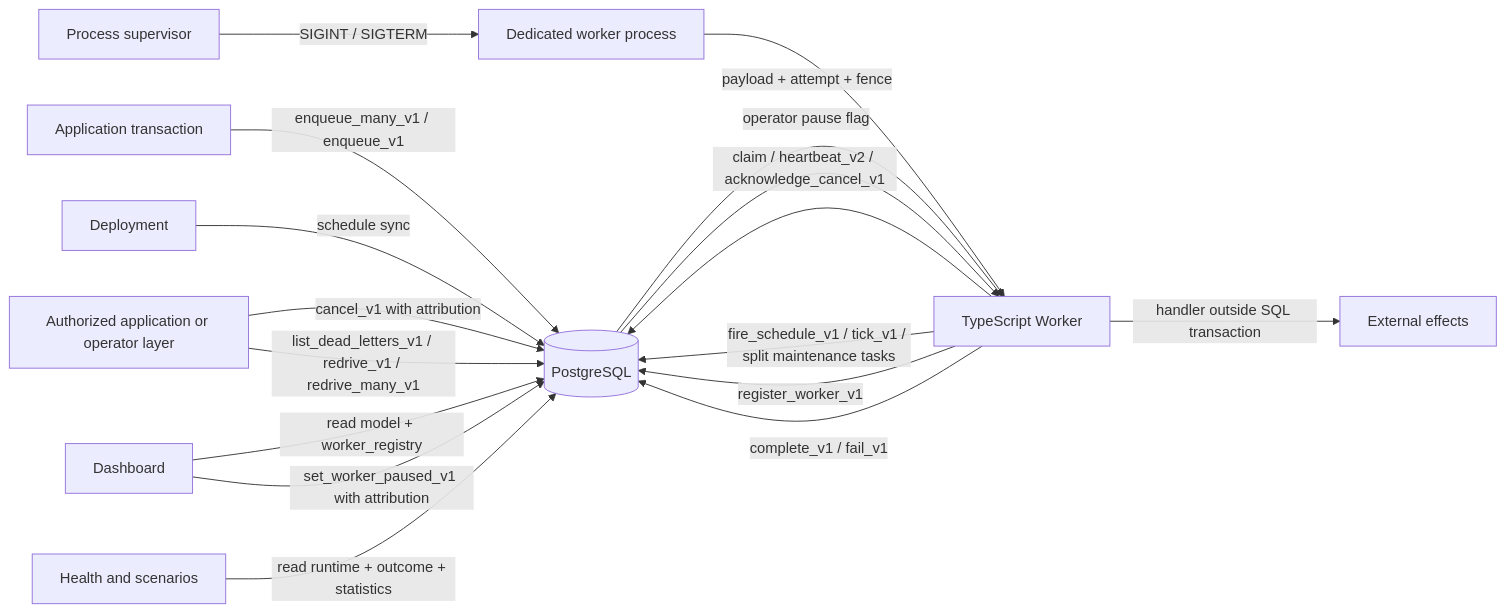
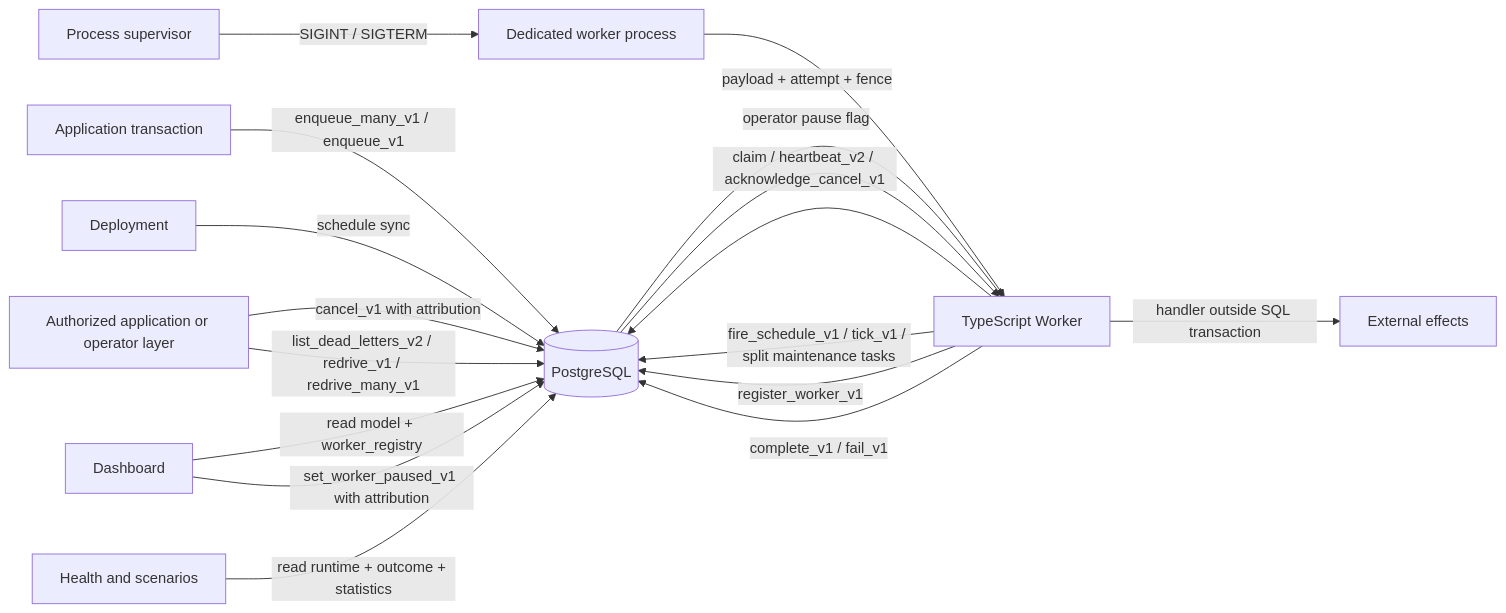
Before and after one commit to stablemates/workhorse: the first of 3 diagrams in docs/architecture.md, drawn with Mermaid. The commit also changed other lines of this file and 38 other files, not shown here.

````diff
--- a/docs/architecture.md
+++ b/docs/architecture.md
@@ -47,19 +51,19 @@
 ```mermaid
 flowchart LR
   App[Application transaction] -->|enqueue_many_v1 / enqueue_v1| PG[(PostgreSQL)]
   Deploy[Deployment] -->|schedule sync| PG
   Supervisor[Process supervisor] -->|SIGINT / SIGTERM| WorkerProcess[Dedicated worker process]
   WorkerProcess --> Worker[TypeScript Worker]
   Worker[TypeScript Worker] -->|claim / heartbeat_v2 / acknowledge_cancel_v1| PG
   Operator[Authorized application or operator layer] -->|cancel_v1 with attribution| PG
-  Operator -->|list_dead_letters_v1 / redrive_v1 / redrive_many_v1| PG
+  Operator -->|list_dead_letters_v2 / redrive_v1 / redrive_many_v1| PG
   Worker -->|fire_schedule_v1 / tick_v1 / split maintenance tasks| PG
   Worker -->|register_worker_v1| PG
   PG -->|payload + attempt + fence| Worker
   PG -->|operator pause flag| Worker
   Worker -->|handler outside SQL transaction| Effects[External effects]
   Worker -->|complete_v1 / fail_v1| PG
   Dashboard -->|read model + worker_registry| PG
   Dashboard -->|set_worker_paused_v1 with attribution| PG
   Health[Health and scenarios] -->|read runtime + outcome + statistics| PG
 ```
````
